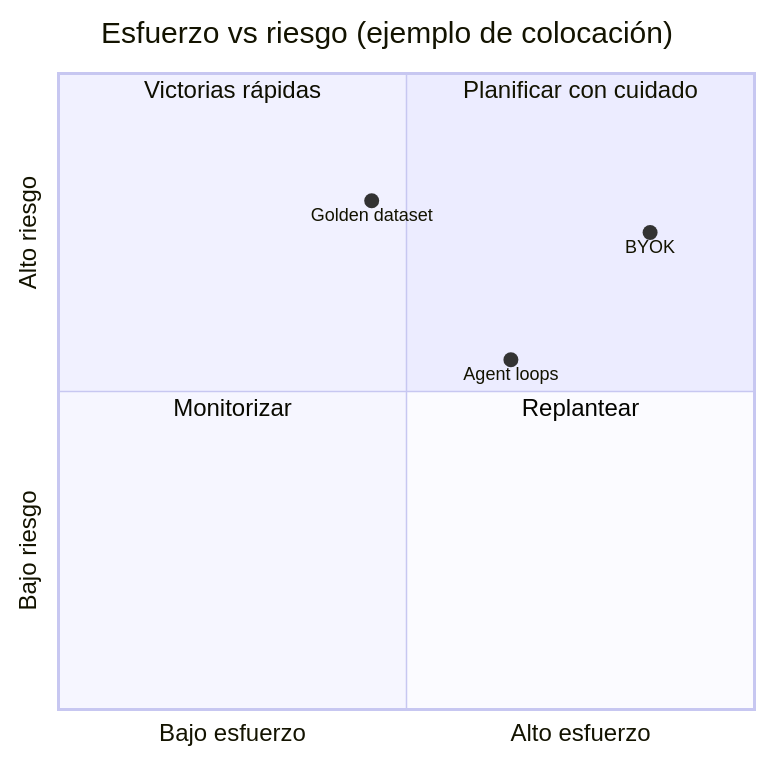
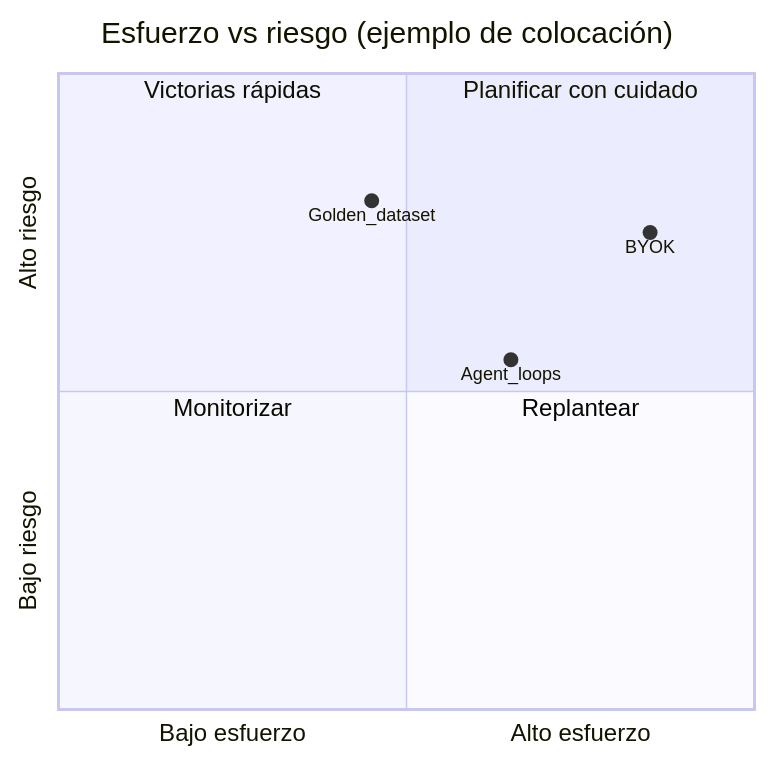
Before and after one commit to 13g4d0/docu-es: the diagram in docs/tor-gap/gap-analysis-workbook.md, drawn with Mermaid.

Commit message:
fix(docs): correct Mermaid quadrant labels in gap workbook

````diff
--- a/docs/tor-gap/gap-analysis-workbook.md
+++ b/docs/tor-gap/gap-analysis-workbook.md
@@ -20,13 +20,13 @@
 ```mermaid
 quadrantChart
   title Esfuerzo vs riesgo (ejemplo de colocación)
   x-axis Bajo esfuerzo --> Alto esfuerzo
   y-axis Bajo riesgo --> Alto riesgo
   quadrant-1 Planificar con cuidado
   quadrant-2 Victorias rápidas
   quadrant-3 Monitorizar
   quadrant-4 Replantear
   BYOK: [0.85, 0.75]
-  Agent loops: [0.65, 0.55]
-  Golden dataset: [0.45, 0.80]
+  Agent_loops: [0.65, 0.55]
+  Golden_dataset: [0.45, 0.80]
 ```
````
